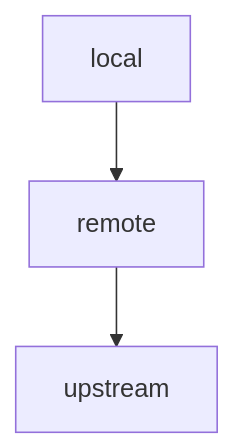
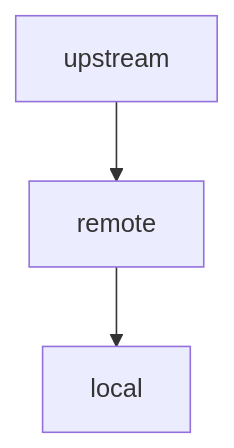
Before and after one commit to ShaunaGordon/talks: the second of 2 diagrams in content/git-to-github/working-with-others.md, drawn with Mermaid. The commit also changed other lines of this file and 1 other file, not shown here.

Commit message:
Final tweaks

```diff
--- a/content/git-to-github/working-with-others.md
+++ b/content/git-to-github/working-with-others.md
@@ -54,5 +54,5 @@
 <div class="mermaid">
 graph
-    local-->remote
-    remote-->upstream
+    upstream[upstream]-->remote[remote]
+    remote-->local[local]
 </div>
```
